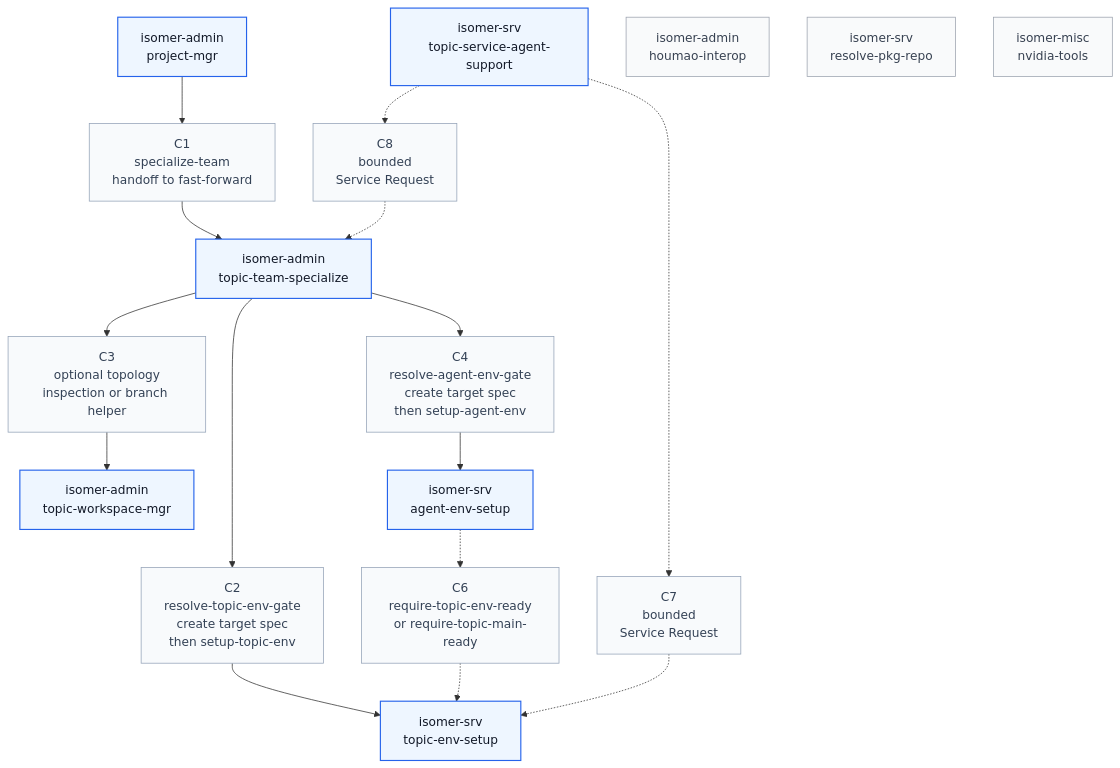
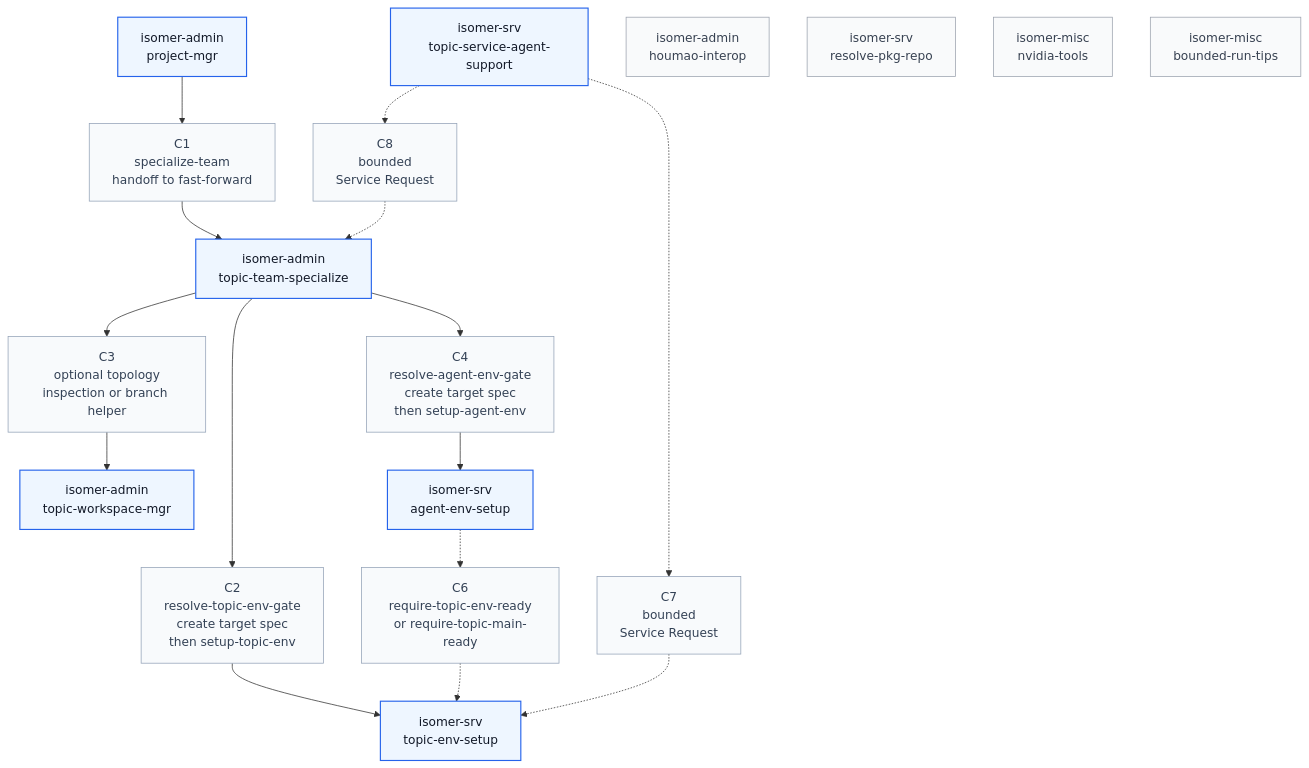
One commit to CodeGandee/isomer-labs changed the diagram in skillset/callgraph.md. Above: the diagram before and after it, drawn with Mermaid. The commit also changed other lines of this file and 27 other files, not shown here.

Commit message:
docs: route env gates through bounded run tips

````diff
--- a/skillset/callgraph.md
+++ b/skillset/callgraph.md
@@ -5,36 +5,37 @@
 ```mermaid
 flowchart TD
     classDef skill fill:#eef6ff,stroke:#2563eb,stroke-width:1.5px,color:#111827
     classDef route fill:#f8fafc,stroke:#94a3b8,stroke-width:1px,color:#334155
     classDef isolated fill:#f9fafb,stroke:#9ca3af,color:#374151
 
     PM["isomer-admin<br/>project-mgr"]:::skill
     TTS["isomer-admin<br/>topic-team-specialize"]:::skill
     TWM["isomer-admin<br/>topic-workspace-mgr"]:::skill
     TENV["isomer-srv<br/>topic-env-setup"]:::skill
     AENV["isomer-srv<br/>agent-env-setup"]:::skill
     TSA["isomer-srv<br/>topic-service-agent-support"]:::skill
 
     C1["C1<br/>specialize-team<br/>handoff to fast-forward"]:::route
     C2["C2<br/>resolve-topic-env-gate<br/>create target spec<br/>then setup-topic-env"]:::route
     C3["C3<br/>optional topology<br/>inspection or branch helper"]:::route
     C4["C4<br/>resolve-agent-env-gate<br/>create target spec<br/>then setup-agent-env"]:::route
     C6["C6<br/>require-topic-env-ready<br/>or require-topic-main-ready"]:::route
     C7["C7<br/>bounded<br/>Service Request"]:::route
     C8["C8<br/>bounded<br/>Service Request"]:::route
 
     PM --> C1 --> TTS
 
     TTS --> C2 --> TENV
     TTS --> C3 --> TWM
     TTS --> C4 --> AENV
 
     AENV -.-> C6 -.-> TENV
 
     TSA -.-> C7 -.-> TENV
     TSA -.-> C8 -.-> TTS
 
     HOU["isomer-admin<br/>houmao-interop"]:::isolated
     PKG["isomer-srv<br/>resolve-pkg-repo"]:::isolated
     NVIDIA["isomer-misc<br/>nvidia-tools"]:::isolated
+    BOUNDED["isomer-misc<br/>bounded-run-tips"]:::isolated
 ```
````
